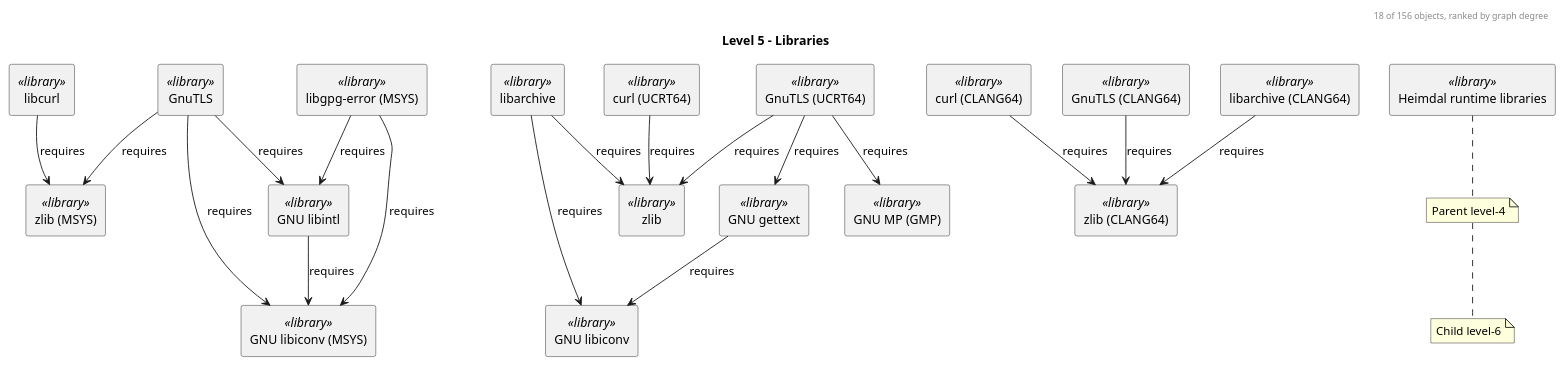
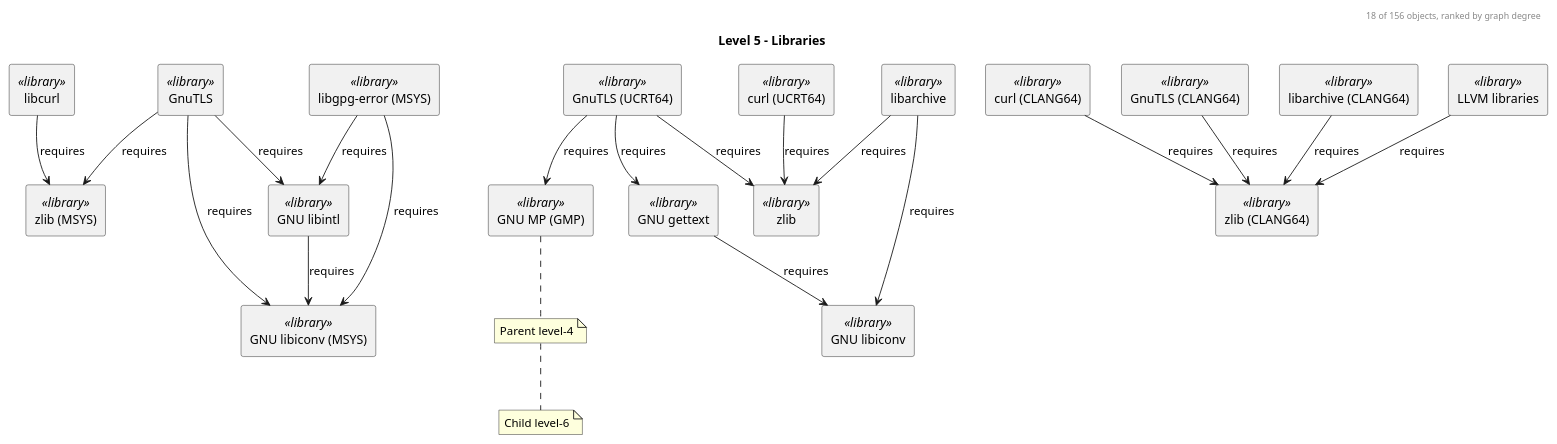
Before and after one commit to baileyrd/AKB: the diagram in diagrams/level-5.puml, drawn with PlantUML. The commit also changed 29 other files, not shown here.

```diff
--- a/diagrams/level-5.puml
+++ b/diagrams/level-5.puml
@@ -1,44 +1,45 @@
 @startuml level-5
 ' Generated from the composed model by tools/build_diagrams.py - do not edit by hand.
 title Level 5 - Libraries
 header 18 of 156 objects, ranked by graph degree
 skinparam componentStyle rectangle
 skinparam defaultFontName sans-serif
 rectangle "GNU libintl" as n0 <<library>>
 rectangle "libcurl" as n1 <<library>>
 rectangle "GNU libiconv (MSYS)" as n2 <<library>>
 rectangle "zlib" as n3 <<library>>
 rectangle "zlib (MSYS)" as n4 <<library>>
 rectangle "curl (UCRT64)" as n5 <<library>>
 rectangle "GnuTLS" as n6 <<library>>
 rectangle "libarchive" as n7 <<library>>
 rectangle "curl (CLANG64)" as n8 <<library>>
 rectangle "GNU gettext" as n9 <<library>>
 rectangle "zlib (CLANG64)" as n10 <<library>>
 rectangle "GnuTLS (CLANG64)" as n11 <<library>>
 rectangle "GnuTLS (UCRT64)" as n12 <<library>>
-rectangle "libgpg-error (MSYS)" as n13 <<library>>
-rectangle "libarchive (CLANG64)" as n14 <<library>>
-rectangle "GNU MP (GMP)" as n15 <<library>>
-rectangle "GNU libiconv" as n16 <<library>>
-rectangle "Heimdal runtime libraries" as n17 <<library>>
-n9 --> n16 : requires
-n7 --> n16 : requires
+rectangle "GNU libiconv" as n13 <<library>>
+rectangle "libgpg-error (MSYS)" as n14 <<library>>
+rectangle "libarchive (CLANG64)" as n15 <<library>>
+rectangle "LLVM libraries" as n16 <<library>>
+rectangle "GNU MP (GMP)" as n17 <<library>>
+n9 --> n13 : requires
+n7 --> n13 : requires
 n7 --> n3 : requires
 n6 --> n0 : requires
-n13 --> n0 : requires
+n14 --> n0 : requires
 n6 --> n2 : requires
 n0 --> n2 : requires
-n13 --> n2 : requires
+n14 --> n2 : requires
 n1 --> n4 : requires
 n11 --> n10 : requires
 n8 --> n10 : requires
-n14 --> n10 : requires
+n15 --> n10 : requires
+n16 --> n10 : requires
 n5 --> n3 : requires
 n12 --> n9 : requires
-n12 --> n15 : requires
+n12 --> n17 : requires
 n12 --> n3 : requires
 n6 --> n4 : requires
 note bottom : Parent level-4
 note bottom : Child level-6
 @enduml
```
